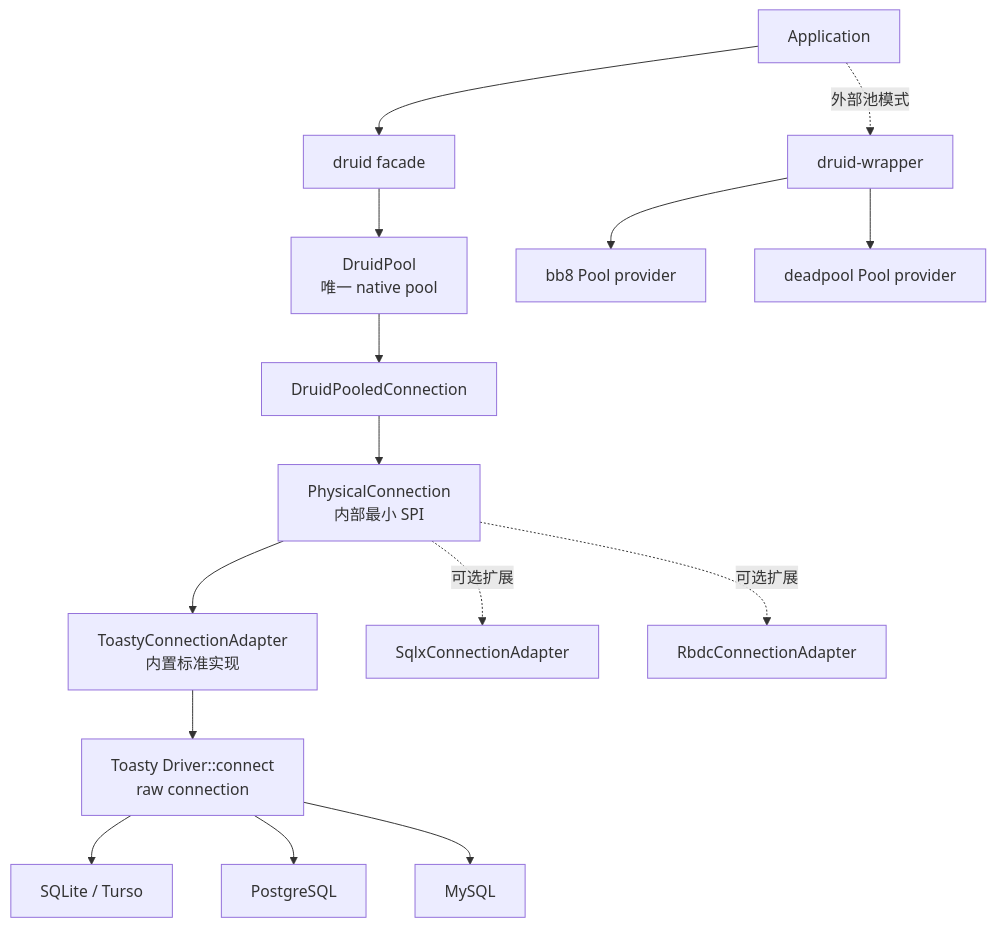
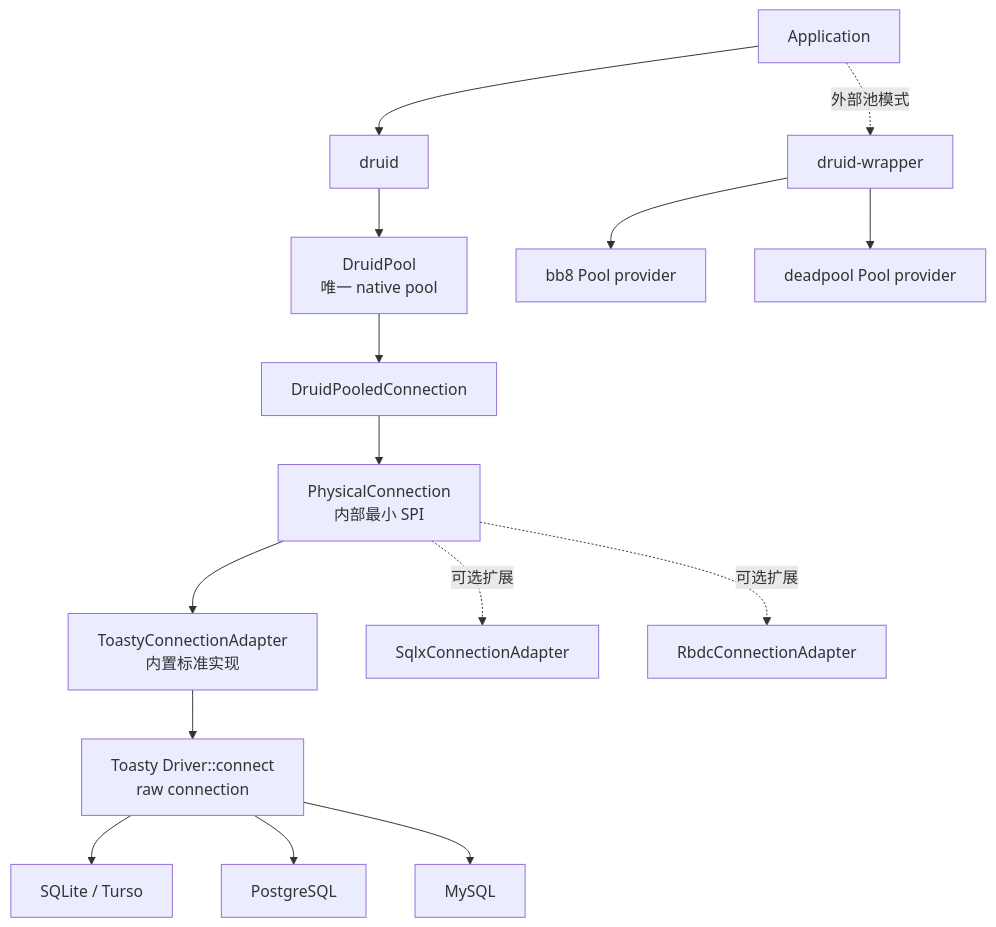
One commit to easy-4-rust/druid-rust changed the diagram in crates/druid/doc/Toasty-内置数据源标准实现.md. Above: the diagram before and after it, drawn with Mermaid. The commit also changed other lines of this file and 260 other files, not shown here.

````diff
--- a/crates/druid/doc/Toasty-内置数据源标准实现.md
+++ b/crates/druid/doc/Toasty-内置数据源标准实现.md
@@ -20,19 +20,19 @@
 ```mermaid
 flowchart TB
-    App["Application"] --> Facade["druid facade"]
+    App["Application"] --> Facade["druid"]
     Facade --> Pool["DruidPool<br/>唯一 native pool"]
     Pool --> Pooled["DruidPooledConnection"]
     Pooled --> SPI["PhysicalConnection<br/>内部最小 SPI"]
 
     SPI --> BuiltIn["ToastyConnectionAdapter<br/>内置标准实现"]
     BuiltIn --> Driver["Toasty Driver::connect<br/>raw connection"]
     Driver --> Sqlite["SQLite / Turso"]
     Driver --> Pg["PostgreSQL"]
     Driver --> Mysql["MySQL"]
 
     SPI -. "可选扩展" .-> Sqlx["SqlxConnectionAdapter"]
     SPI -. "可选扩展" .-> Rbdc["RbdcConnectionAdapter"]
     App -. "外部池模式" .-> Wrapper["druid-wrapper"]
     Wrapper --> Bb8["bb8 Pool provider"]
     Wrapper --> Deadpool["deadpool Pool provider"]
 ```
````
